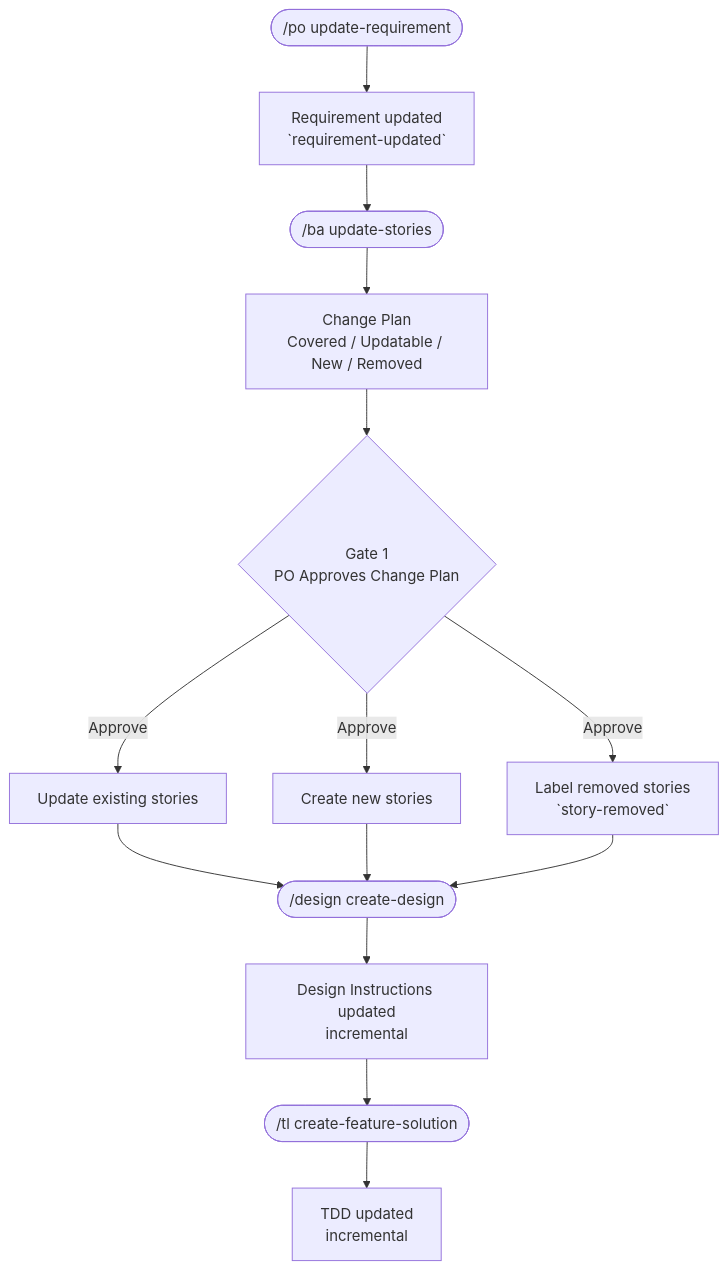
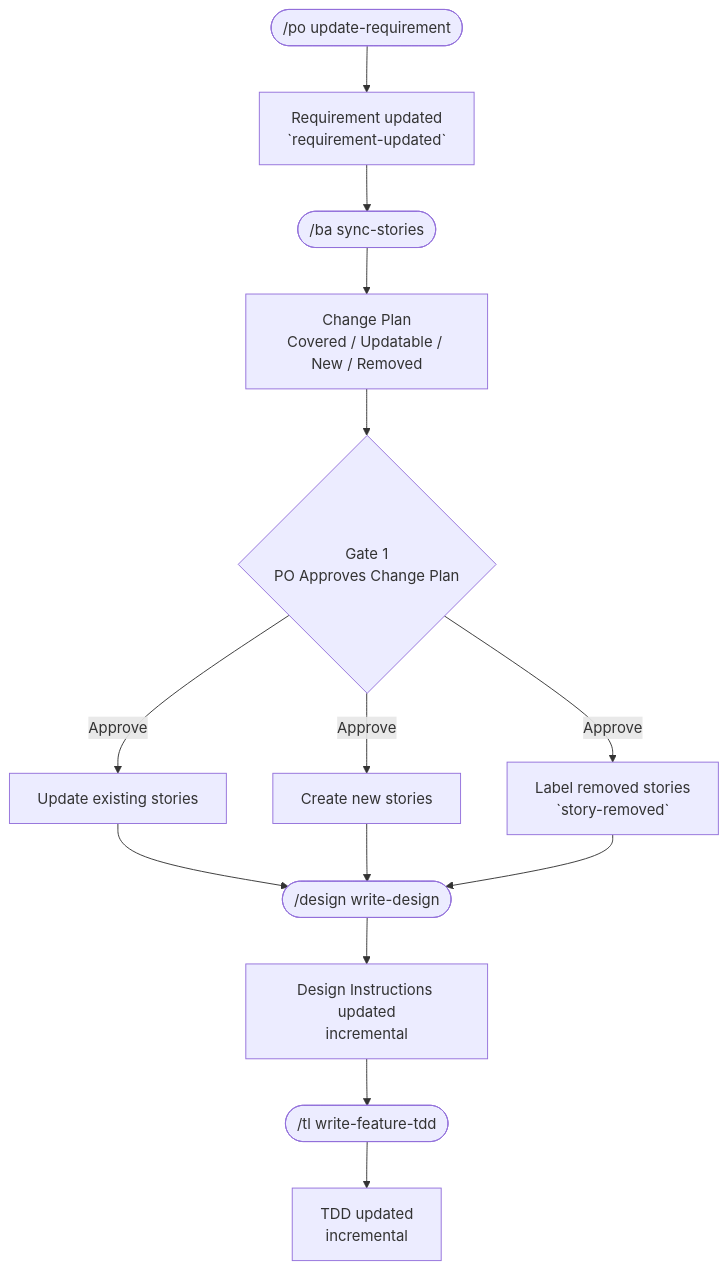
One commit to simpscal/notism changed the third of 4 diagrams in README.md. Above: the diagram before and after it, drawn with Mermaid. The commit also changed other lines of this file and 15 other files, not shown here.

````diff
--- a/README.md
+++ b/README.md
@@ -84,14 +84,14 @@
 ```mermaid
 flowchart TD
     A(["/po update-requirement <N> <delta>"]) --> B["Requirement updated<br/>`requirement-updated`"]
-    B --> C(["/ba update-stories <N>"])
+    B --> C(["/ba sync-stories <N>"])
     C --> D["Change Plan<br/>Covered / Updatable / New / Removed"]
     D --> G1{Gate 1<br/>PO Approves Change Plan}
     G1 -->|Approve| E1["Update existing stories"]
     G1 -->|Approve| E2["Create new stories"]
     G1 -->|Approve| E3["Label removed stories<br/>`story-removed`"]
-    E1 & E2 & E3 --> F1(["/design create-design <sprint>"])
+    E1 & E2 & E3 --> F1(["/design write-design <sprint>"])
     F1 --> F2["Design Instructions updated<br/>incremental"]
-    F2 --> F3(["/tl create-feature-solution <sprint>"])
+    F2 --> F3(["/tl write-feature-tdd <sprint>"])
     F3 --> F4["TDD updated<br/>incremental"]
 ```
````
